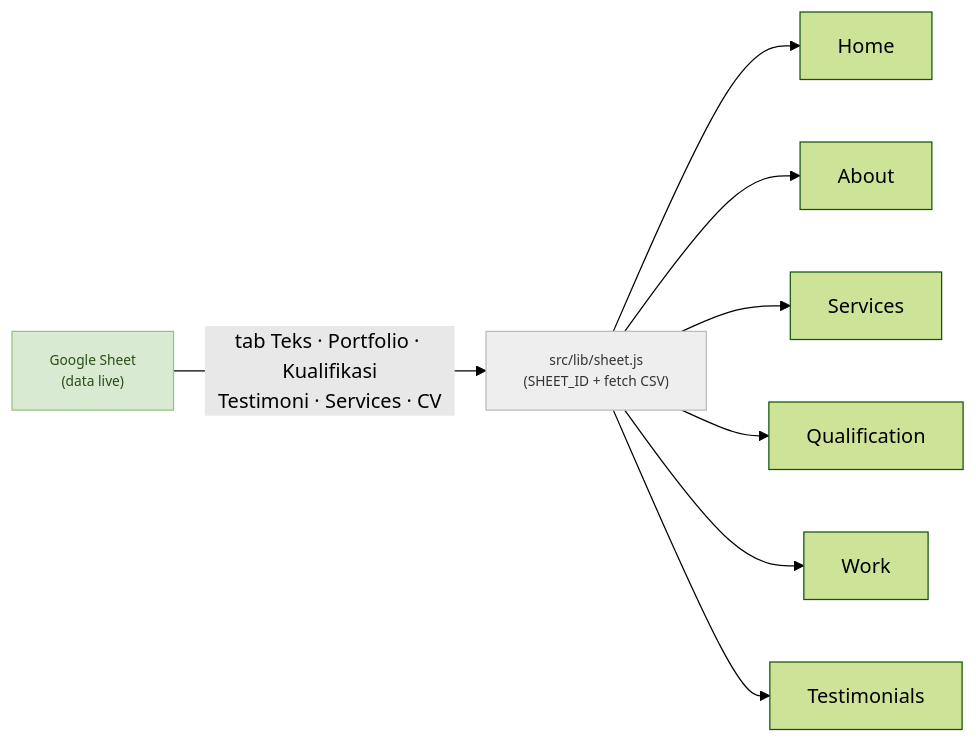
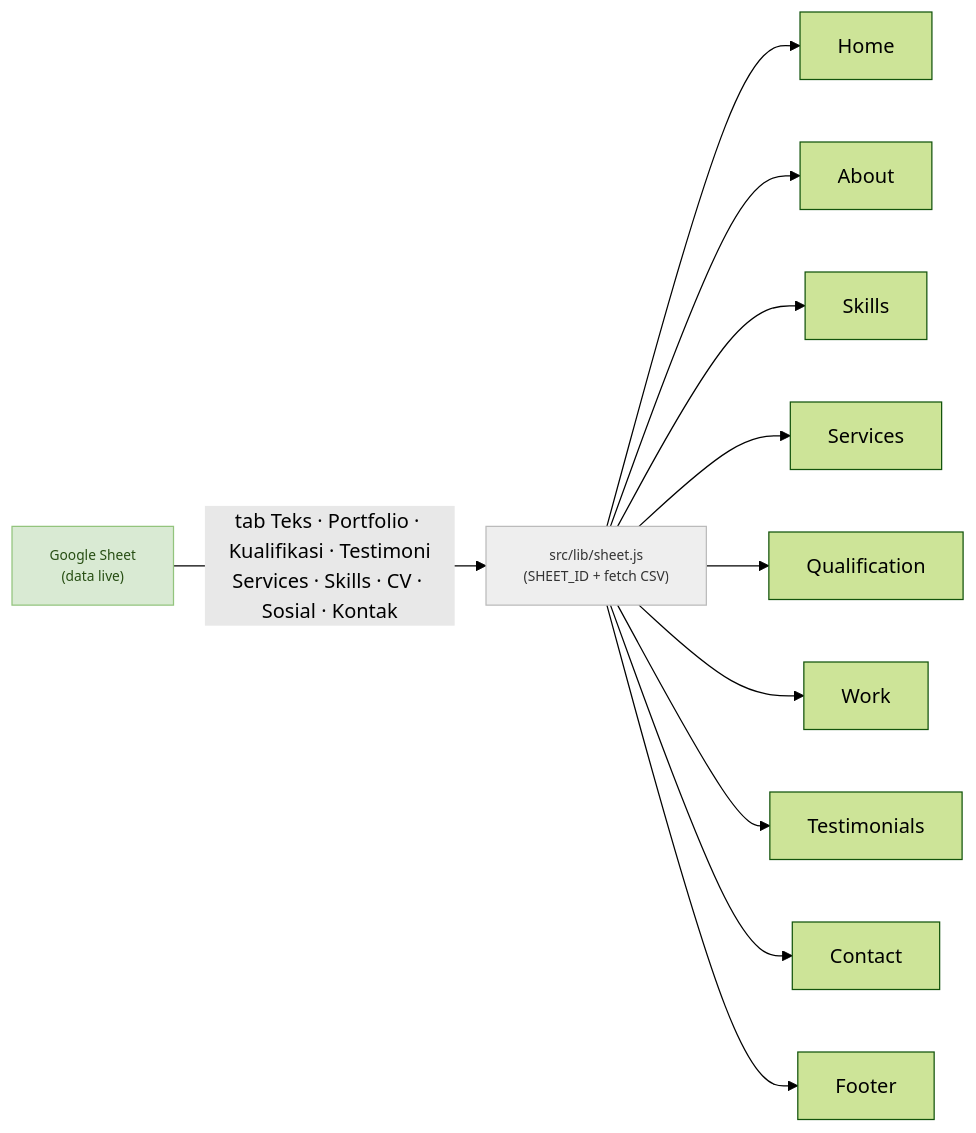
One commit to Zen-Rofiqy/portfolio changed the second of 2 diagrams in ARCHITECTURE.md. Above: the diagram before and after it, drawn with Mermaid (forest theme). The commit also changed other lines of this file and 2 other files, not shown here.

````diff
--- a/ARCHITECTURE.md
+++ b/ARCHITECTURE.md
@@ -51,16 +51,19 @@
 ```mermaid
 graph LR
-  Sheet["Google Sheet<br/>(data live)"] -->|"tab Teks · Portfolio · Kualifikasi<br/>Testimoni · Services · CV"| Lib["src/lib/sheet.js<br/>(SHEET_ID + fetch CSV)"]
+  Sheet["Google Sheet<br/>(data live)"] -->|"tab Teks · Portfolio · Kualifikasi · Testimoni<br/>Services · Skills · CV · Sosial · Kontak"| Lib["src/lib/sheet.js<br/>(SHEET_ID + fetch CSV)"]
 
   Lib --> Home
   Lib --> About
+  Lib --> Skills
   Lib --> Services
   Lib --> Qualification
   Lib --> Work
   Lib --> Testimonials
+  Lib --> Contact
+  Lib --> Footer
 
   classDef ext fill:#d9ead3,stroke:#93c47d,color:#274e13,font-size:11px;
   classDef sub fill:#eee,stroke:#bbb,color:#333,font-size:11px;
   class Sheet ext;
   class Lib sub;
 ```
````
